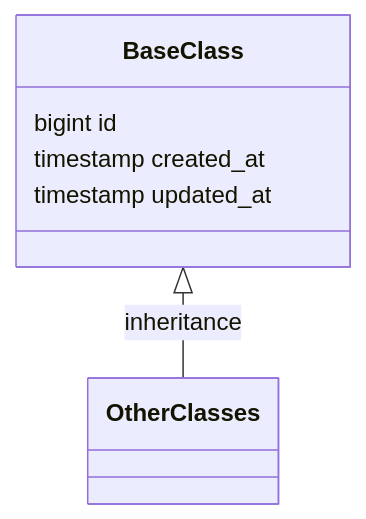
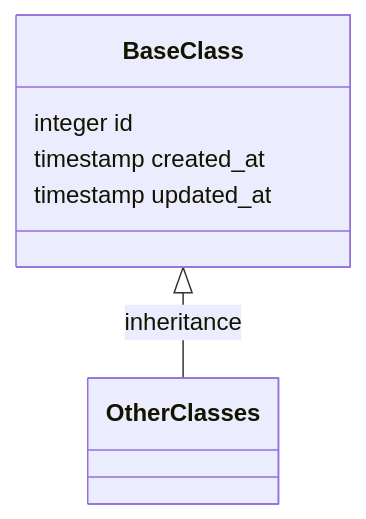
One commit to ony3000/my-stock changed the first of 2 diagrams in backend/diagram.md. Above: the diagram before and after it, drawn with Mermaid. The commit also changed other lines of this file, not shown here.

````diff
--- a/backend/diagram.md
+++ b/backend/diagram.md
@@ -3,11 +6,10 @@
 ```mermaid
 classDiagram
   class BaseClass {
-    bigint id
+    integer id
     timestamp created_at
     timestamp updated_at
   }
-  class OtherClasses {
-  }
+  class OtherClasses
   BaseClass <|-- OtherClasses : inheritance
 ```
````
